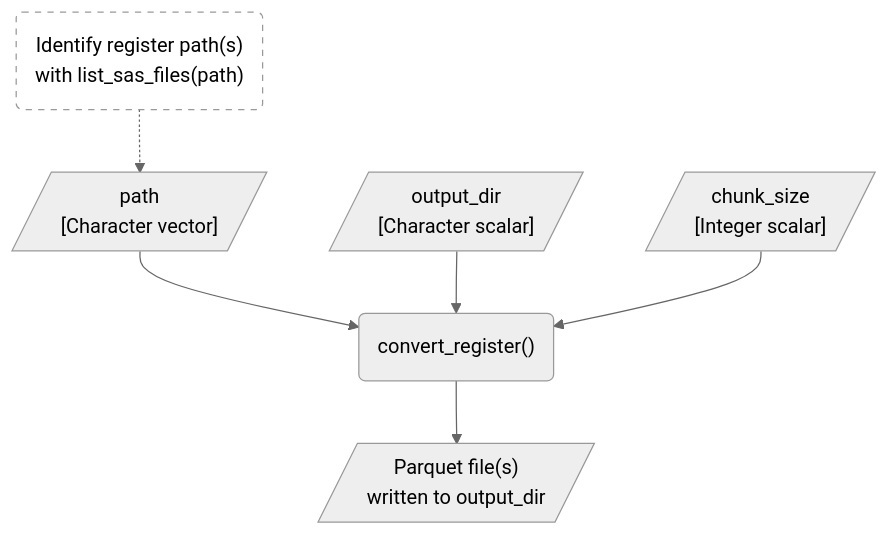
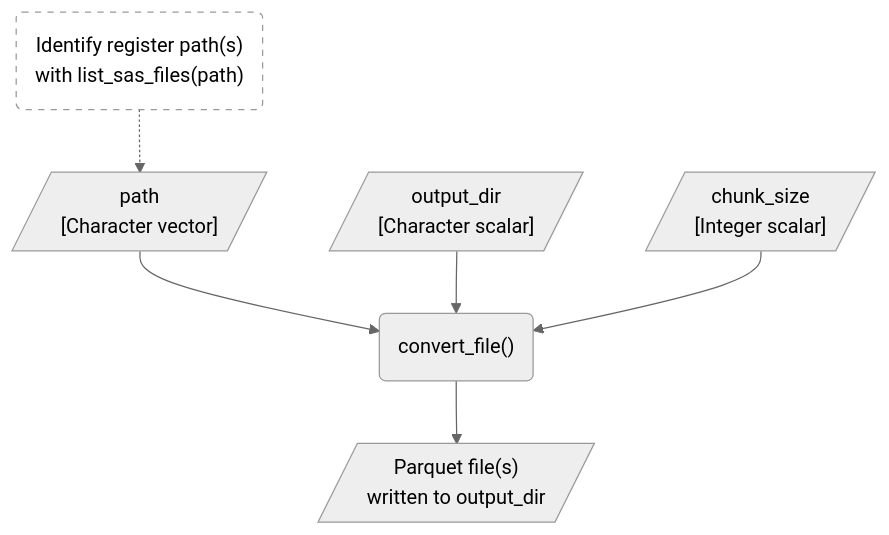
Before and after one commit to dp-next/registers2parquet: the first of 3 diagrams in articles/design.md, drawn with Mermaid (neutral theme). The commit also changed other lines of this file and 13 other files, not shown here.

````diff
--- a/articles/design.md
+++ b/articles/design.md
@@ -50,17 +50,17 @@
 ``` mermaid
 flowchart TD
     identify_paths("Identify register path(s)<br>with list_sas_files(path)")
     path[/"path<br>[Character vector]"/]
     output_dir[/"output_dir<br>[Character scalar]"/]
     chunk_size[/"chunk_size<br>[Integer scalar]"/]
-    convert_register("convert_register()")
+    convert_file("convert_file()")
     output[/"Parquet file(s)<br>written to output_dir"/]
 
     %% Edges
-    identify_paths -.-> path --> convert_register
-    output_dir & chunk_size --> convert_register
-    convert_register --> output
+    identify_paths -.-> path --> convert_file
+    output_dir & chunk_size --> convert_file
+    convert_file --> output
 
     %% Style
     style identify_paths fill:#FFFFFF, color:#000000, stroke-dasharray: 5 5
 ```
````
